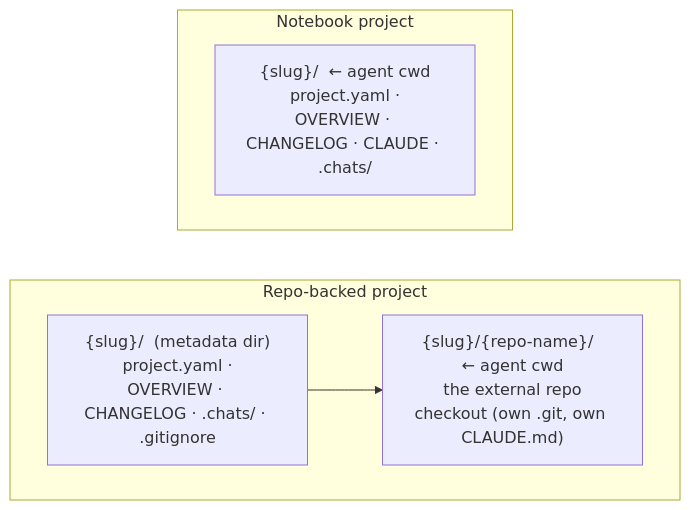
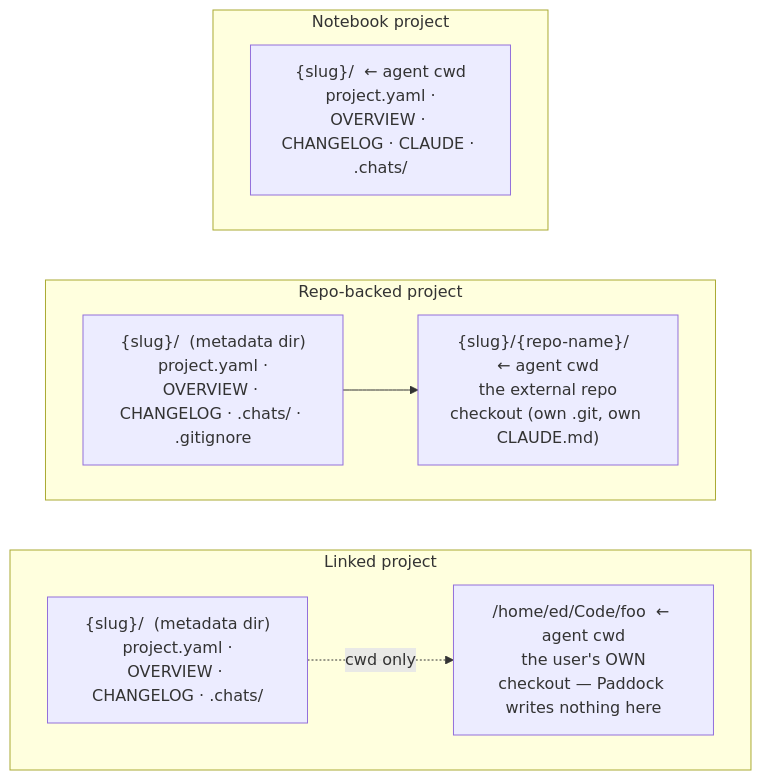
The diagram in website/src/content/docs/concepts/projects.md (edspencer/paddock), drawn with Mermaid before and after one commit. The commit also changed other lines of this file and 12 other files, not shown here.

````diff
--- a/website/src/content/docs/concepts/projects.md
+++ b/website/src/content/docs/concepts/projects.md
@@ -129,15 +185,20 @@
 ```mermaid
 flowchart TB
   subgraph Notebook["Notebook project"]
     N["{slug}/  ← agent cwd\n project.yaml · OVERVIEW · CHANGELOG · CLAUDE · .chats/"]
   end
   subgraph Repo["Repo-backed project"]
     D["{slug}/  (metadata dir)\n project.yaml · OVERVIEW · CHANGELOG · .chats/ · .gitignore"]
     Ck["{slug}/{repo-name}/  ← agent cwd\n the external repo checkout (own .git, own CLAUDE.md)"]
     D --> Ck
   end
-  %% The two project shapes are unconnected, so mermaid ranks them side by side
+  subgraph Linked["Linked project"]
+    LD["{slug}/  (metadata dir)\n project.yaml · OVERVIEW · CHANGELOG · .chats/"]
+    LC["/home/ed/Code/foo  ← agent cwd\n the user's OWN checkout — Paddock writes nothing here"]
+    LD -. "cwd only" .-> LC
+  end
+  %% The project shapes are unconnected, so mermaid ranks them side by side
   %% (1071px, scaled 1.6x down). `~~~` is an invisible link that stacks them
   %% vertically without drawing an edge — 686px, i.e. 1:1 in the column.
-  Notebook ~~~ Repo
+  Notebook ~~~ Repo ~~~ Linked
 ```
````
